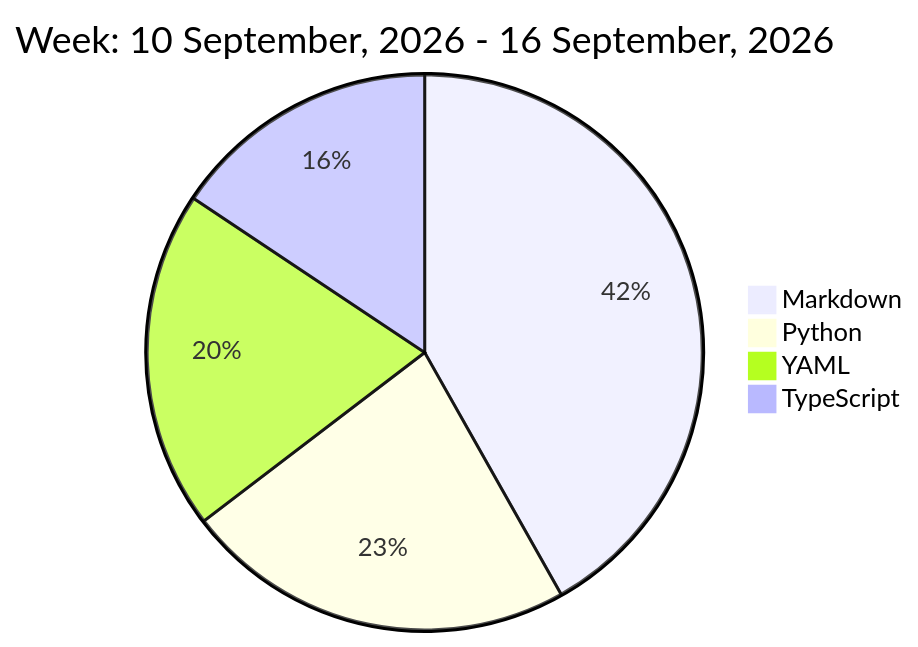
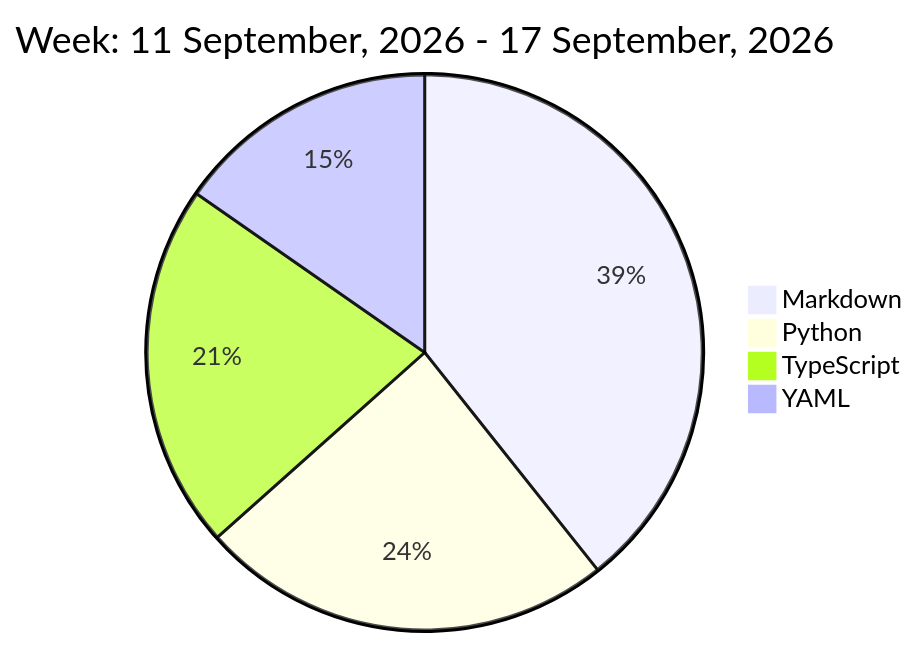
The diagram in README.md (liubin95/liubin95), drawn with Mermaid before and after one commit.

Commit message:
Updated the Graph with new Metrics

````diff
--- a/README.md
+++ b/README.md
@@ -32,8 +32,8 @@
 ```mermaid
  pie
-title Week: 10 September, 2026 - 16 September, 2026
- "Markdown" : 6.42
- "Python" : 3.5
- "YAML" : 3.03
- "TypeScript" : 2.4
+title Week: 11 September, 2026 - 17 September, 2026
+ "Markdown" : 6.8
+ "Python" : 4.17
+ "TypeScript" : 3.68
+ "YAML" : 2.65
 ```
````
